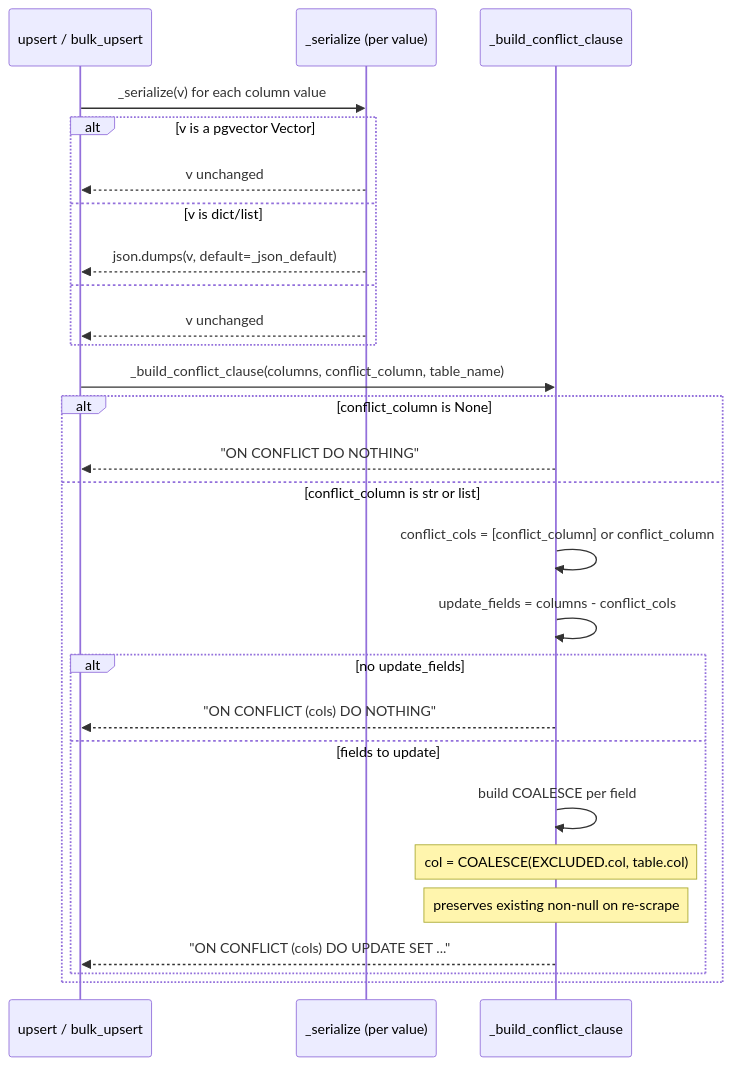
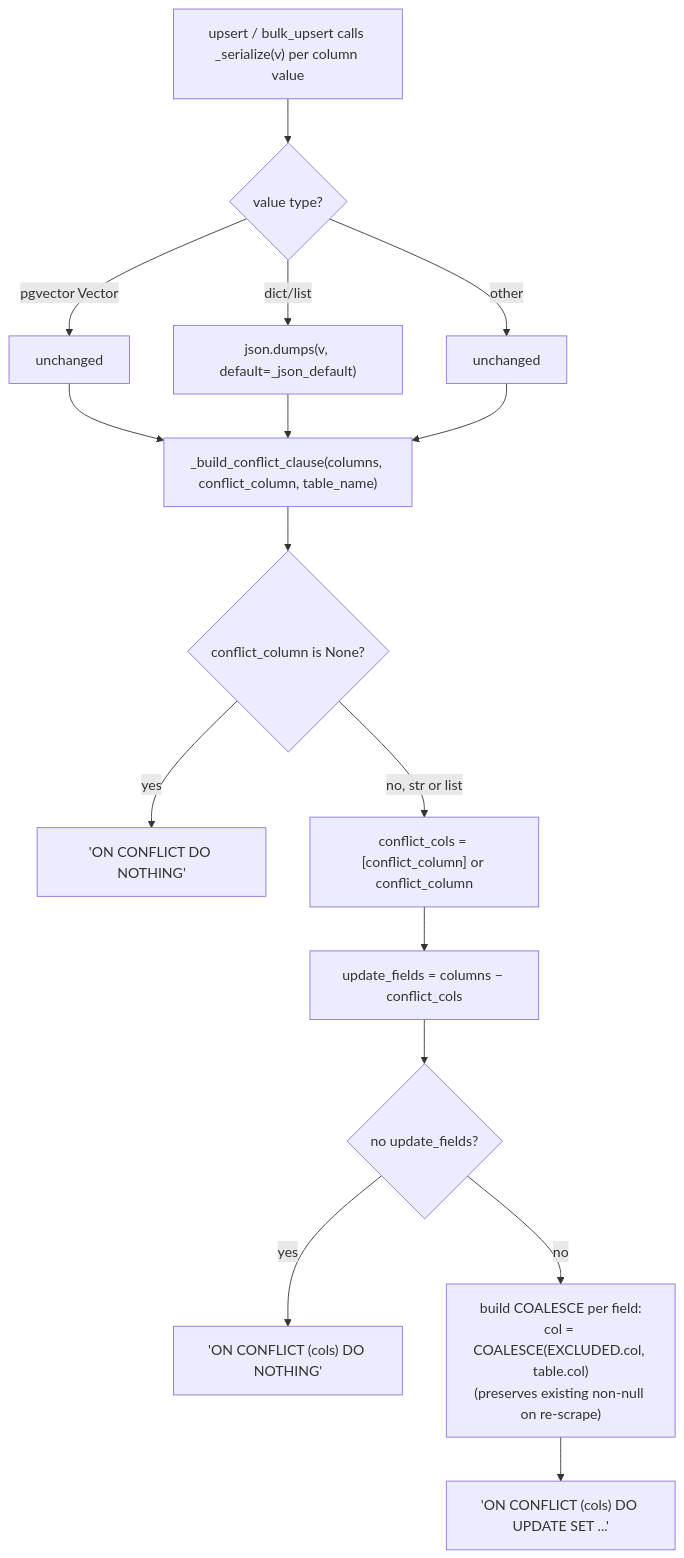
Before and after one commit to AustinDwomoh/libra: the third of 3 diagrams in docs/diagrams/db_seq.md, drawn with Mermaid. The commit also changed other lines of this file and 17 other files, not shown here.

First line of the commit message:
Convert Mermaid sequences to flowcharts

````diff
--- a/docs/diagrams/db_seq.md
+++ b/docs/diagrams/db_seq.md
@@ -38,34 +23,19 @@
 ```mermaid
-%% sequenceDiagram — _build_conflict_clause (ON CONFLICT strategy)
-sequenceDiagram
-    participant Op as upsert / bulk_upsert
-    participant Ser as _serialize (per value)
-    participant B as _build_conflict_clause
-
-    Op->>Ser: _serialize(v) for each column value
-    alt v is a pgvector Vector
-        Ser-->>Op: v unchanged
-    else v is dict/list
-        Ser-->>Op: json.dumps(v, default=_json_default)
-    else
-        Ser-->>Op: v unchanged
-    end
-
-    Op->>B: _build_conflict_clause(columns, conflict_column, table_name)
-
-    alt conflict_column is None
-        B-->>Op: "ON CONFLICT DO NOTHING"
-    else conflict_column is str or list
-        B->>B: conflict_cols = [conflict_column] or conflict_column
-        B->>B: update_fields = columns - conflict_cols
-        alt no update_fields
-            B-->>Op: "ON CONFLICT (cols) DO NOTHING"
-        else fields to update
-            B->>B: build COALESCE per field
-            Note over B: col = COALESCE(EXCLUDED.col, table.col)
-            Note over B: preserves existing non-null on re-scrape
-            B-->>Op: "ON CONFLICT (cols) DO UPDATE SET ..."
-        end
-    end
-
+%% flowchart — _build_conflict_clause (ON CONFLICT strategy)
+flowchart TD
+    A["upsert / bulk_upsert calls _serialize(v) per column value"] --> B{value type?}
+    B -->|pgvector Vector| C[unchanged]
+    B -->|dict/list| D["json.dumps(v, default=_json_default)"]
+    B -->|other| E[unchanged]
+    C --> F["_build_conflict_clause(columns, conflict_column, table_name)"]
+    D --> F
+    E --> F
+    F --> G{conflict_column is None?}
+    G -->|yes| H["'ON CONFLICT DO NOTHING'"]
+    G -->|no, str or list| I["conflict_cols = [conflict_column] or conflict_column"]
+    I --> J["update_fields = columns − conflict_cols"]
+    J --> K{no update_fields?}
+    K -->|yes| L["'ON CONFLICT (cols) DO NOTHING'"]
+    K -->|no| M["build COALESCE per field:<br/>col = COALESCE(EXCLUDED.col, table.col)<br/>(preserves existing non-null on re-scrape)"]
+    M --> N["'ON CONFLICT (cols) DO UPDATE SET ...'"]
 ```
````
